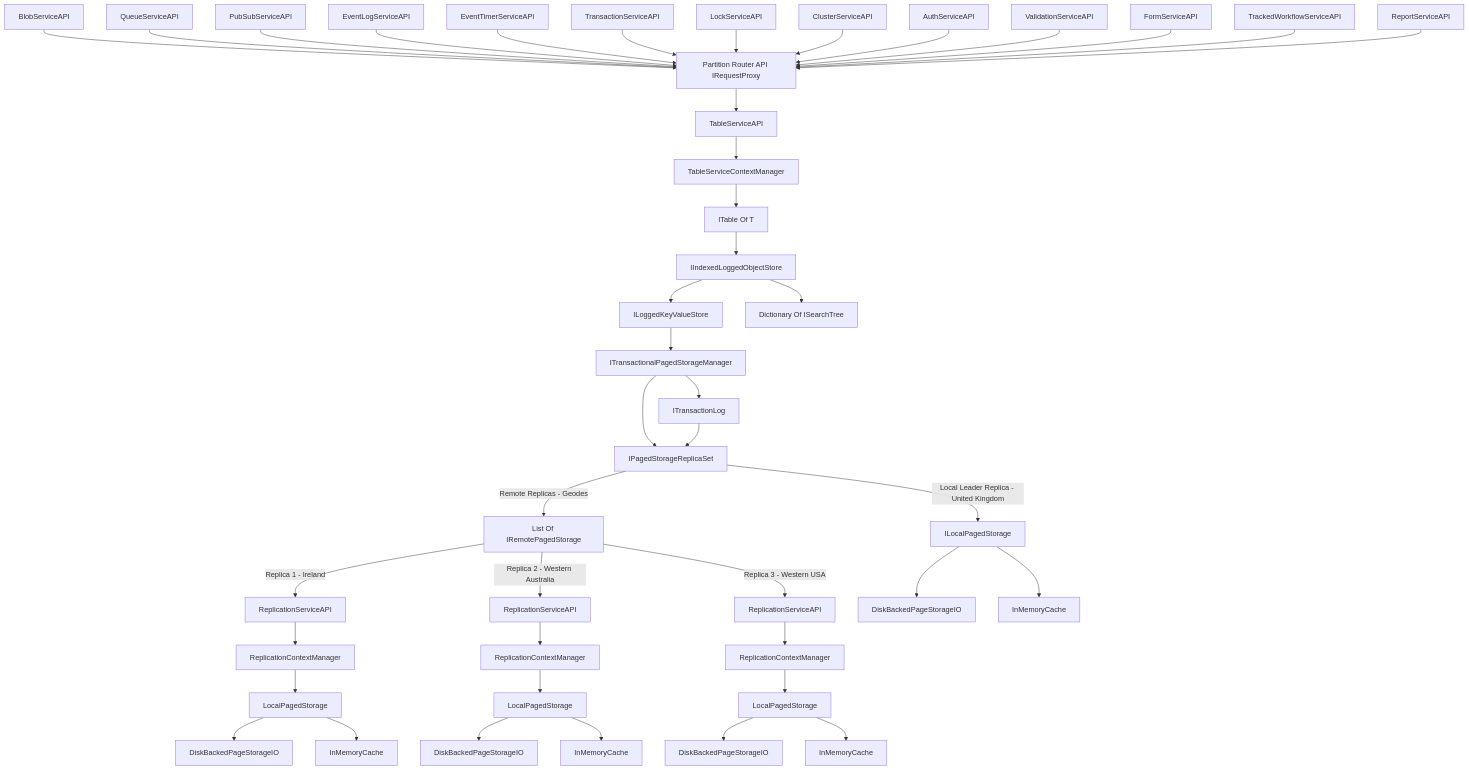
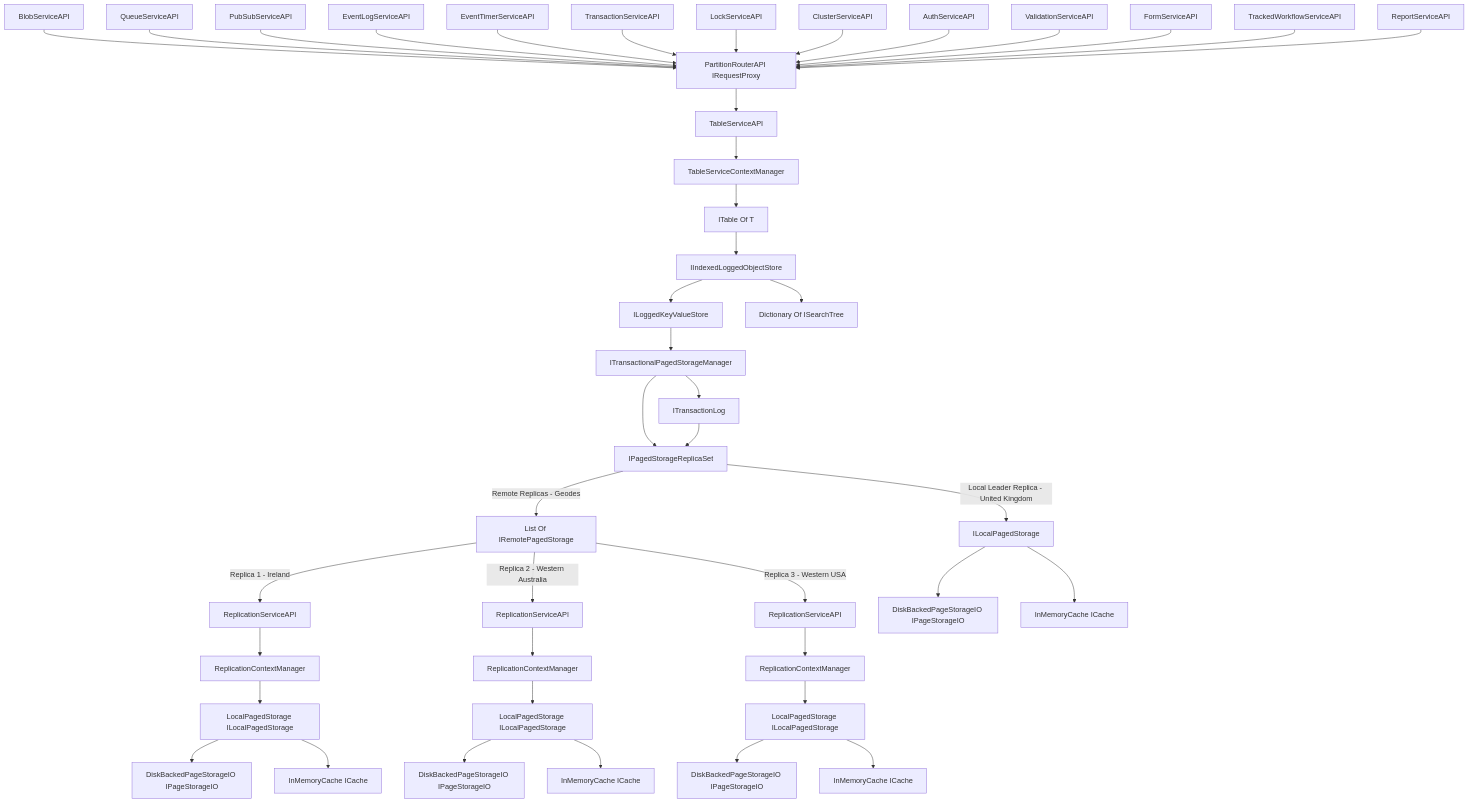
One commit to WillEastbury/DistributedServices changed the diagram in README.md. Above: the diagram before and after it, drawn with Mermaid. The commit also changed other lines of this file, not shown here.

````diff
--- a/README.md
+++ b/README.md
@@ -87,66 +106,66 @@
 ```mermaid
 graph TD
   AX1[BlobServiceAPI]
   AX2[QueueServiceAPI]
   AX3[PubSubServiceAPI]
   AX4[EventLogServiceAPI]
   AX5[EventTimerServiceAPI]
   AX6[TransactionServiceAPI]
   AX7[LockServiceAPI]
   AX8[ClusterServiceAPI]
   AX9[AuthServiceAPI]
   AX10[ValidationServiceAPI]
   AX11[FormServiceAPI]
   AX12[TrackedWorkflowServiceAPI]
   AX13[ReportServiceAPI]
-  A[Partition Router API IRequestProxy]
+  A[PartitionRouterAPI IRequestProxy]
   AS[TableServiceAPI]
   AA1[ReplicationServiceAPI]
   AA2[ReplicationServiceAPI]
   AA3[ReplicationServiceAPI]
   Q[List Of IRemotePagedStorage]
   P[ILocalPagedStorage]
   A --> AS
   AX1 --> A
   AX2 --> A
   AX3 --> A
   AX4 --> A
   AX5 --> A
   AX6 --> A
   AX7 --> A
   AX8 --> A
   AX9 --> A
   AX10 --> A
   AX11 --> A
   AX12 --> A
   AX13 --> A
   AS --> ASC[TableServiceContextManager]
   ASC --> I[ITable Of T]
   I --> J[IIndexedLoggedObjectStore]
   J --> K[ILoggedKeyValueStore]
   J --> L[Dictionary Of ISearchTree]
   K --> M[ITransactionalPagedStorageManager]
   M --> N[ITransactionLog]
   M --> O[IPagedStorageReplicaSet]
   N --> O
   O --> |Local Leader Replica - United Kingdom |P
   O --> |Remote Replicas - Geodes | Q 
   Q -->|Replica 1 - Ireland| AA1
   Q -->|Replica 2 - Western Australia| AA2
   Q -->|Replica 3 - Western USA| AA3
-  P --> R[DiskBackedPageStorageIO]
-  P --> S[InMemoryCache]
+  P --> R[DiskBackedPageStorageIO IPageStorageIO]
+  P --> S[InMemoryCache ICache]
   AA1 --> BB1[ReplicationContextManager]
-  BB1 --> CC1[LocalPagedStorage]
-  CC1 --> DD1[DiskBackedPageStorageIO]
-  CC1 --> T[InMemoryCache]
+  BB1 --> CC1[LocalPagedStorage ILocalPagedStorage]
+  CC1 --> DD1[DiskBackedPageStorageIO IPageStorageIO]
+  CC1 --> T[InMemoryCache ICache]
   AA2 --> BB2[ReplicationContextManager]
-  BB2 --> CC2[LocalPagedStorage]
-  CC2 --> DD2[DiskBackedPageStorageIO]
-  CC2 --> U[InMemoryCache]
+  BB2 --> CC2[LocalPagedStorage ILocalPagedStorage]
+  CC2 --> DD2[DiskBackedPageStorageIO IPageStorageIO]
+  CC2 --> U[InMemoryCache ICache]
   AA3 --> BB3[ReplicationContextManager]
-  BB3 --> CC3[LocalPagedStorage]
-  CC3 --> DD3[DiskBackedPageStorageIO]
-  CC3 --> V[InMemoryCache]
+  BB3 --> CC3[LocalPagedStorage ILocalPagedStorage]
+  CC3 --> DD3[DiskBackedPageStorageIO IPageStorageIO]
+  CC3 --> V[InMemoryCache ICache]
 
 ```
````
